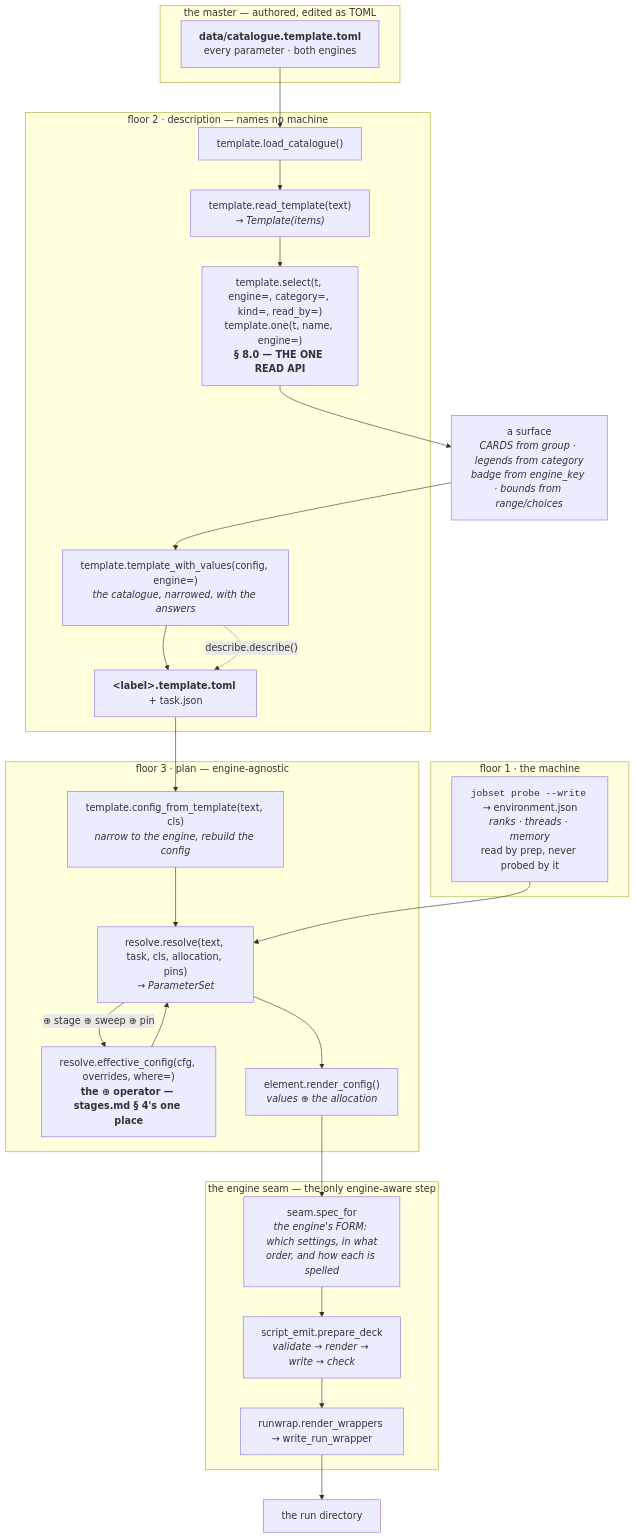
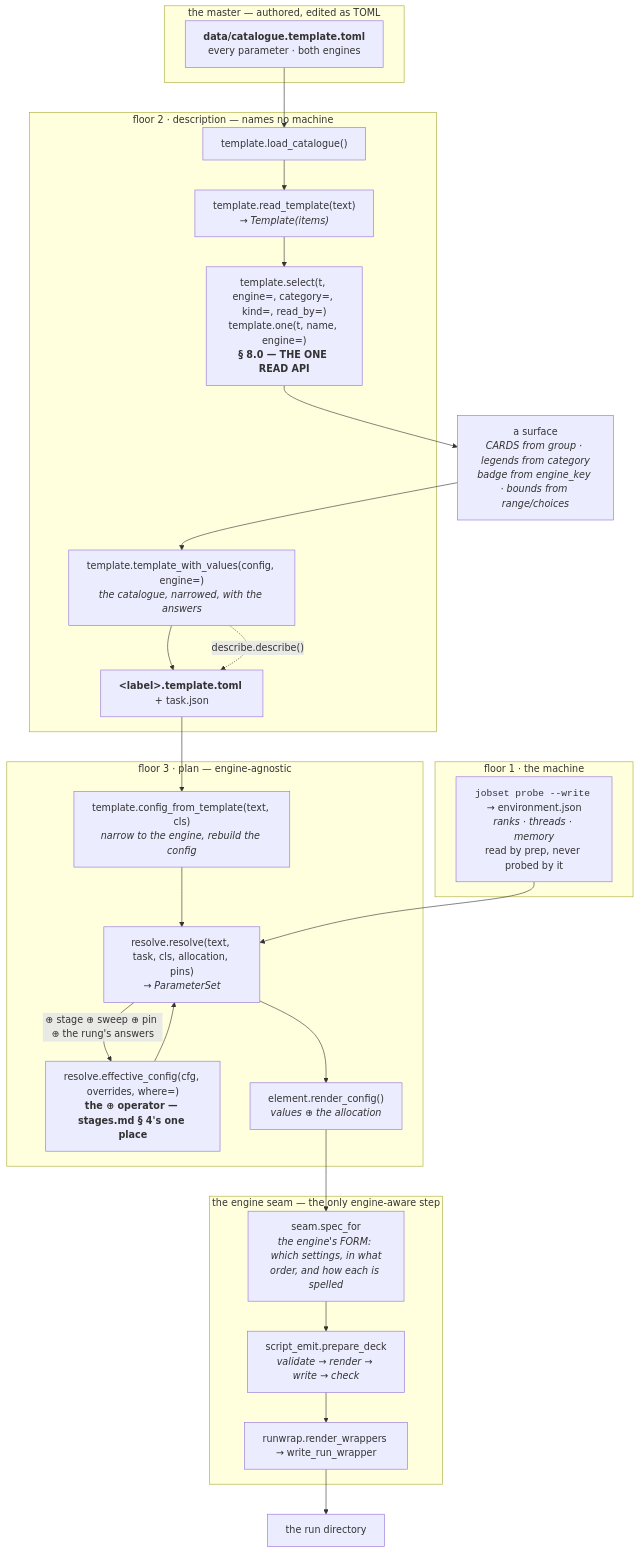
The sixth of 9 diagrams in docs/engines/template.md (Qing-LAB/molbuilder), drawn with Mermaid before and after one commit. The commit also changed other lines of this file and 30 other files, not shown here.

````diff
--- a/docs/engines/template.md
+++ b/docs/engines/template.md
@@ -2179,41 +2249,41 @@
 ```mermaid
 flowchart TD
     subgraph F0["the master — authored, edited as TOML"]
       CAT["<b>data/catalogue.template.toml</b><br/>every parameter · both engines"]
     end
 
     subgraph F2["floor 2 · description — names no machine"]
       LOAD["template.load_catalogue()"]
       READ["template.read_template(text)<br/><i>→ Template(items)</i>"]
       SEL["template.select(t, engine=, category=, kind=, read_by=)<br/>template.one(t, name, engine=)<br/><b>§ 8.0 — THE ONE READ API</b>"]
       TWV["template.template_with_values(config, engine=)<br/><i>the catalogue, narrowed, with the answers</i>"]
       TPL["<b>&lt;label&gt;.template.toml</b> + task.json"]
     end
 
     subgraph F1["floor 1 · the machine"]
       ENV["<code>jobset probe --write</code> → environment.json<br/><i>ranks · threads · memory</i><br/>read by prep, never probed by it"]
     end
 
     subgraph F3["floor 3 · plan — engine-agnostic"]
       CFT["template.config_from_template(text, cls)<br/><i>narrow to the engine, rebuild the config</i>"]
       EFF["resolve.effective_config(cfg, overrides, where=)<br/><b>the ⊕ operator — stages.md § 4's one place</b>"]
       RES["resolve.resolve(text, task, cls, allocation, pins)<br/><i>→ ParameterSet</i>"]
       RC["element.render_config()<br/><i>values ⊕ the allocation</i>"]
     end
 
     subgraph FE["the engine seam — the only engine-aware step"]
       SPEC["seam.spec_for<br/><i>the engine's FORM: which settings, in what<br/>order, and how each is spelled</i>"]
       DECK["script_emit.prepare_deck<br/><i>validate → render → write → check</i>"]
       WRAP["runwrap.render_wrappers → write_run_wrapper"]
     end
 
     CAT --> LOAD --> READ --> SEL
     SEL --> UI["a surface<br/><i>CARDS from group · legends from category<br/>badge from engine_key · bounds from range/choices</i>"]
     UI --> TWV --> TPL
     TWV -.->|"describe.describe()"| TPL
     TPL --> CFT --> RES
     ENV --> RES
-    RES -->|"⊕ stage ⊕ sweep ⊕ pin"| EFF
+    RES -->|"⊕ stage ⊕ sweep ⊕ pin ⊕ the rung's answers"| EFF
     EFF --> RES
     RES --> RC --> SPEC --> DECK --> WRAP --> RUN["the run directory"]
 ```
````
